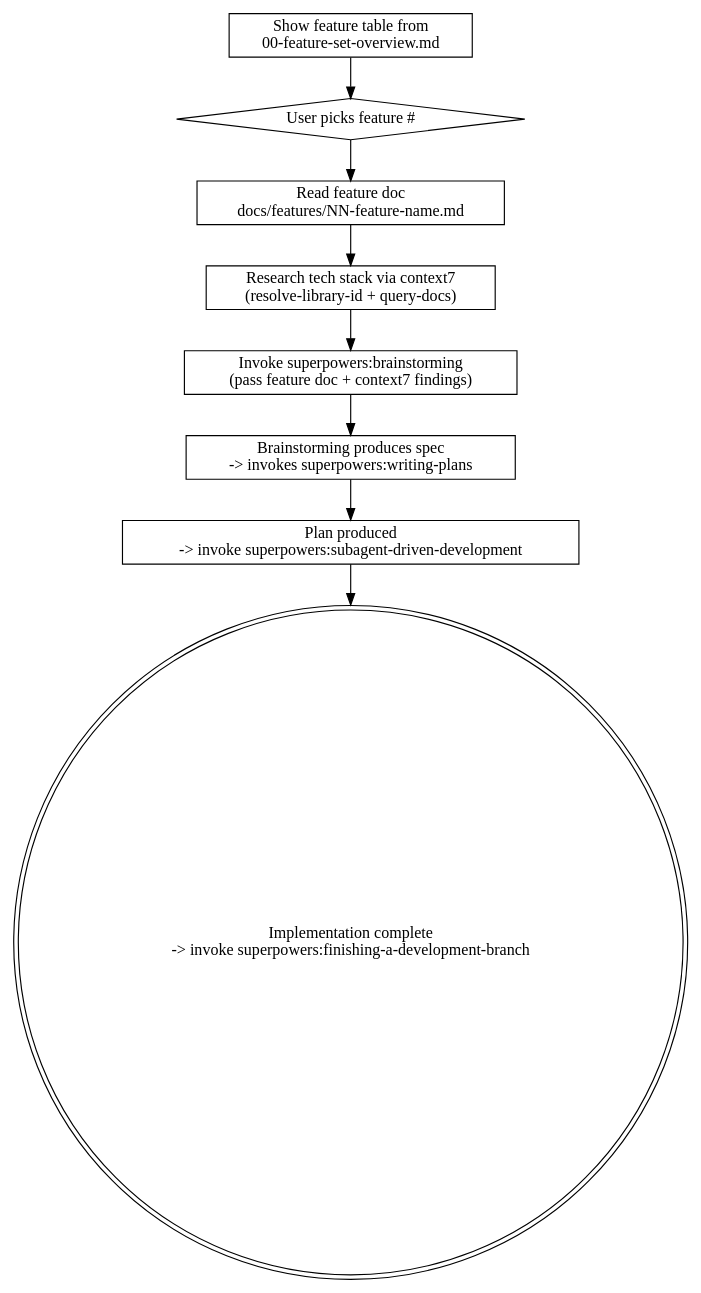
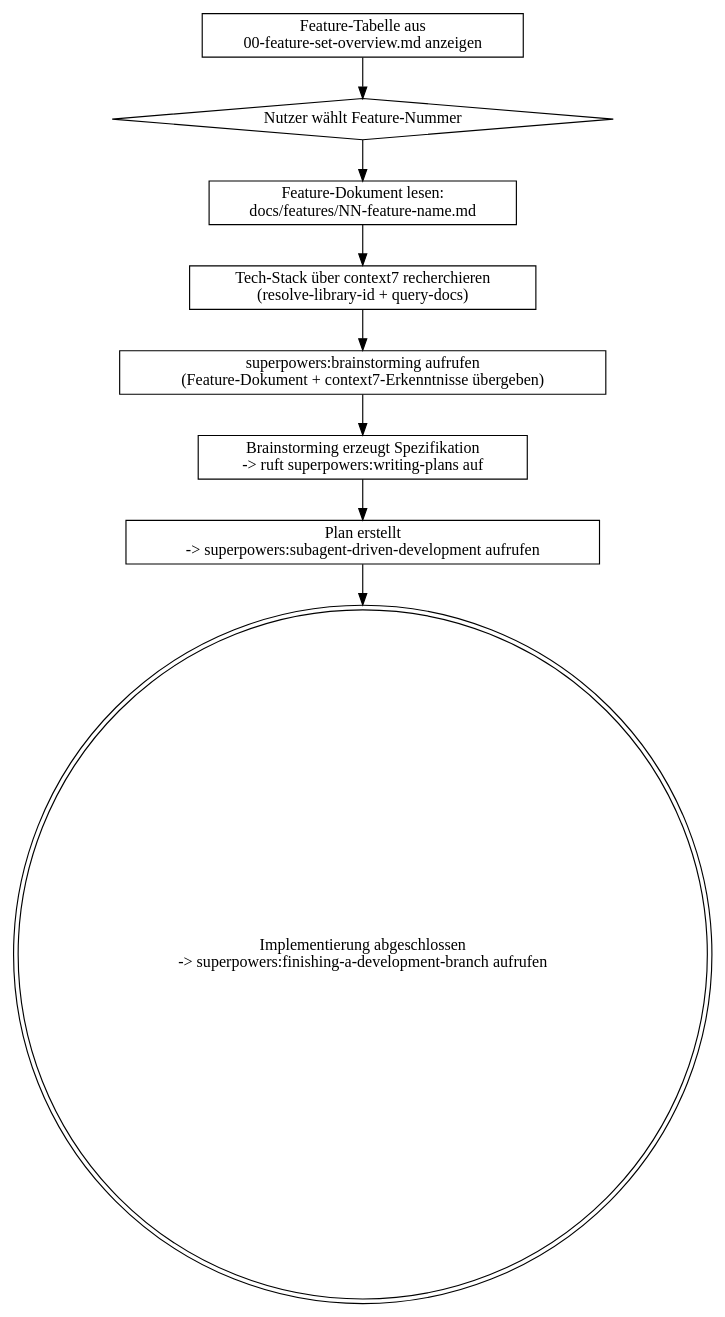
The diagram in .claude/skills/implement-feature/SKILL.md (ArekCzarnikRTL/Giglamesh-GraphDB), drawn with Graphviz before and after one commit. The commit also changed other lines of this file and 18 other files, not shown here.

````diff
--- a/.claude/skills/implement-feature/SKILL.md
+++ b/.claude/skills/implement-feature/SKILL.md
@@ -12,21 +12,21 @@
 ```dot
 digraph implement_feature {
     rankdir=TB;
-    "Show feature table from\n00-feature-set-overview.md" [shape=box];
-    "User picks feature #" [shape=diamond];
-    "Read feature doc\ndocs/features/NN-feature-name.md" [shape=box];
-    "Research tech stack via context7\n(resolve-library-id + query-docs)" [shape=box];
-    "Invoke superpowers:brainstorming\n(pass feature doc + context7 findings)" [shape=box];
-    "Brainstorming produces spec\n-> invokes superpowers:writing-plans" [shape=box];
-    "Plan produced\n-> invoke superpowers:subagent-driven-development" [shape=box];
-    "Implementation complete\n-> invoke superpowers:finishing-a-development-branch" [shape=doublecircle];
+    "Feature-Tabelle aus\n00-feature-set-overview.md anzeigen" [shape=box];
+    "Nutzer wählt Feature-Nummer" [shape=diamond];
+    "Feature-Dokument lesen:\ndocs/features/NN-feature-name.md" [shape=box];
+    "Tech-Stack über context7 recherchieren\n(resolve-library-id + query-docs)" [shape=box];
+    "superpowers:brainstorming aufrufen\n(Feature-Dokument + context7-Erkenntnisse übergeben)" [shape=box];
+    "Brainstorming erzeugt Spezifikation\n-> ruft superpowers:writing-plans auf" [shape=box];
+    "Plan erstellt\n-> superpowers:subagent-driven-development aufrufen" [shape=box];
+    "Implementierung abgeschlossen\n-> superpowers:finishing-a-development-branch aufrufen" [shape=doublecircle];
 
-    "Show feature table from\n00-feature-set-overview.md" -> "User picks feature #";
-    "User picks feature #" -> "Read feature doc\ndocs/features/NN-feature-name.md";
-    "Read feature doc\ndocs/features/NN-feature-name.md" -> "Research tech stack via context7\n(resolve-library-id + query-docs)";
-    "Research tech stack via context7\n(resolve-library-id + query-docs)" -> "Invoke superpowers:brainstorming\n(pass feature doc + context7 findings)";
-    "Invoke superpowers:brainstorming\n(pass feature doc + context7 findings)" -> "Brainstorming produces spec\n-> invokes superpowers:writing-plans";
-    "Brainstorming produces spec\n-> invokes superpowers:writing-plans" -> "Plan produced\n-> invoke superpowers:subagent-driven-development";
-    "Plan produced\n-> invoke superpowers:subagent-driven-development" -> "Implementation complete\n-> invoke superpowers:finishing-a-development-branch";
+    "Feature-Tabelle aus\n00-feature-set-overview.md anzeigen" -> "Nutzer wählt Feature-Nummer";
+    "Nutzer wählt Feature-Nummer" -> "Feature-Dokument lesen:\ndocs/features/NN-feature-name.md";
+    "Feature-Dokument lesen:\ndocs/features/NN-feature-name.md" -> "Tech-Stack über context7 recherchieren\n(resolve-library-id + query-docs)";
+    "Tech-Stack über context7 recherchieren\n(resolve-library-id + query-docs)" -> "superpowers:brainstorming aufrufen\n(Feature-Dokument + context7-Erkenntnisse übergeben)";
+    "superpowers:brainstorming aufrufen\n(Feature-Dokument + context7-Erkenntnisse übergeben)" -> "Brainstorming erzeugt Spezifikation\n-> ruft superpowers:writing-plans auf";
+    "Brainstorming erzeugt Spezifikation\n-> ruft superpowers:writing-plans auf" -> "Plan erstellt\n-> superpowers:subagent-driven-development aufrufen";
+    "Plan erstellt\n-> superpowers:subagent-driven-development aufrufen" -> "Implementierung abgeschlossen\n-> superpowers:finishing-a-development-branch aufrufen";
 }
 ```
````
